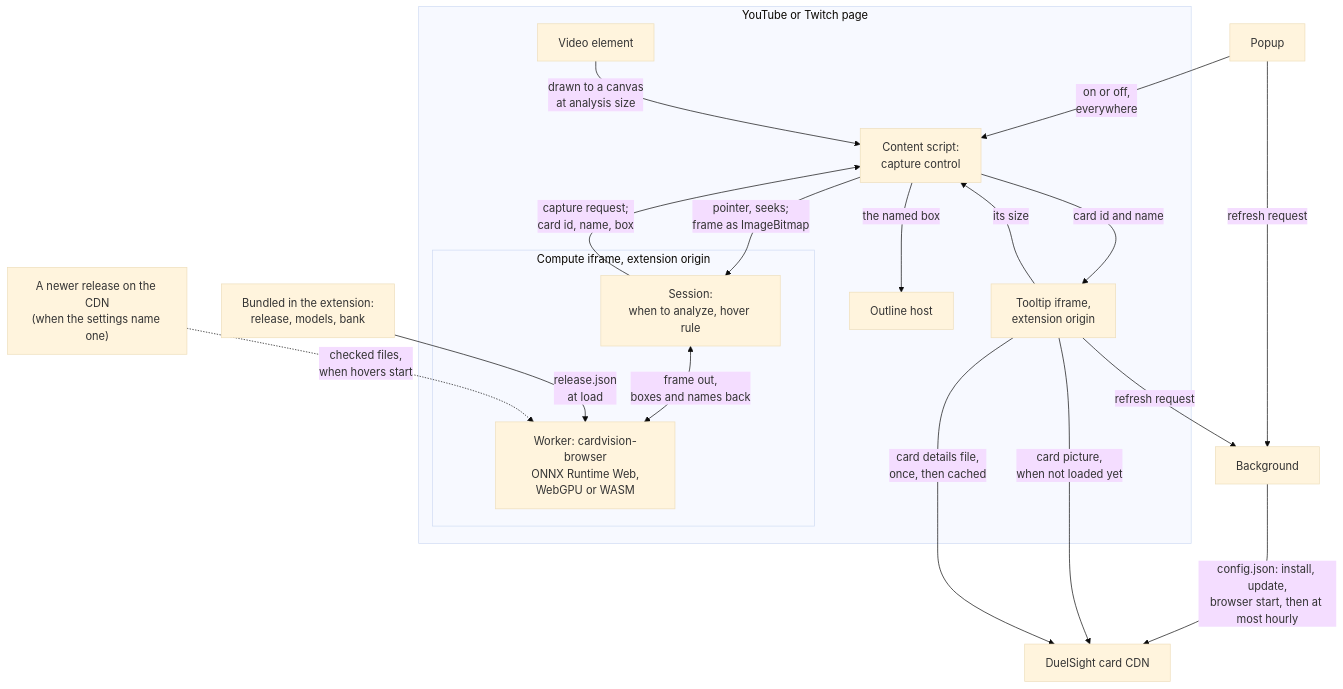
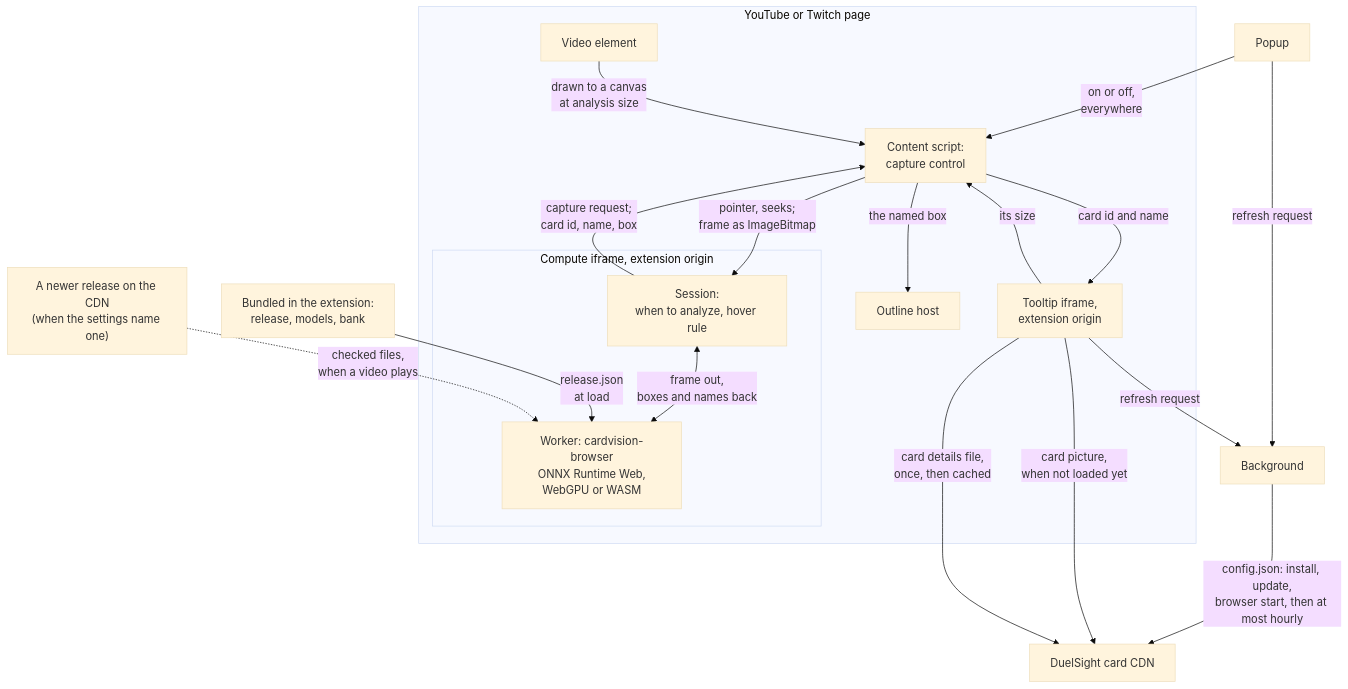
Before and after one commit to ryangswe/duelsight: the diagram in docs/how-it-works.md, drawn with Mermaid (base theme). The commit also changed other lines of this file and 8 other files, not shown here.

First line of the commit message:
Load card recognition when the video plays; free it after 10 idle minutes (#36)

````diff
--- a/docs/how-it-works.md
+++ b/docs/how-it-works.md
@@ -38,34 +38,34 @@
 ```mermaid
 flowchart TD
     subgraph PAGE["YouTube or Twitch page"]
         VID["Video element"]
         CS["Content script:<br/>capture control"]
         OUT["Outline host"]
         subgraph CF["Compute iframe, extension origin"]
             HS["Session:<br/>when to analyze, hover rule"]
             W["Worker: cardvision-browser<br/>ONNX Runtime Web,<br/>WebGPU or WASM"]
         end
         TT["Tooltip iframe,<br/>extension origin"]
     end
     PKG["Bundled in the extension:<br/>release, models, bank"]
     REL["A newer release on the CDN<br/>(when the settings name one)"]
     POP["Popup"]
     BG["Background"]
     CDN["DuelSight card CDN"]
 
     POP -- "on or off,<br/>everywhere" --> CS
     VID -- "drawn to a canvas<br/>at analysis size" --> CS
     CS -- "pointer, seeks;<br/>frame as ImageBitmap" --> HS
     HS -- "capture request;<br/>card id, name, box" --> CS
     HS <-- "frame out,<br/>boxes and names back" --> W
     PKG -- "release.json<br/>at load" --> W
-    REL -. "checked files,<br/>when hovers start" .-> W
+    REL -. "checked files,<br/>when a video plays" .-> W
     CS -- "card id and name" --> TT
     TT -- "its size" --> CS
     CS -- "the named box" --> OUT
     TT -- "refresh request" --> BG
     POP -- "refresh request" --> BG
     BG -- "config.json: install, update,<br/>browser start, then at most hourly" --> CDN
     TT -- "card picture,<br/>when not loaded yet" --> CDN
     TT -- "card details file,<br/>once, then cached" --> CDN
 ```
````
